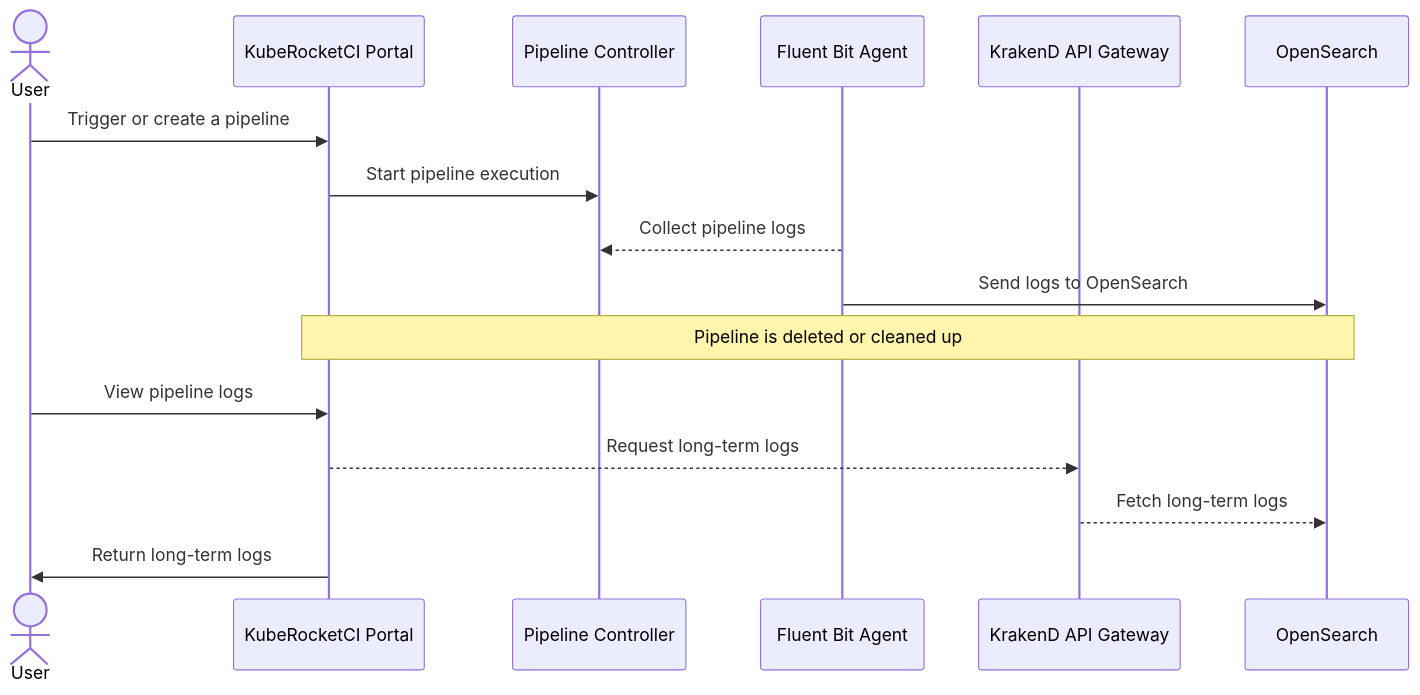
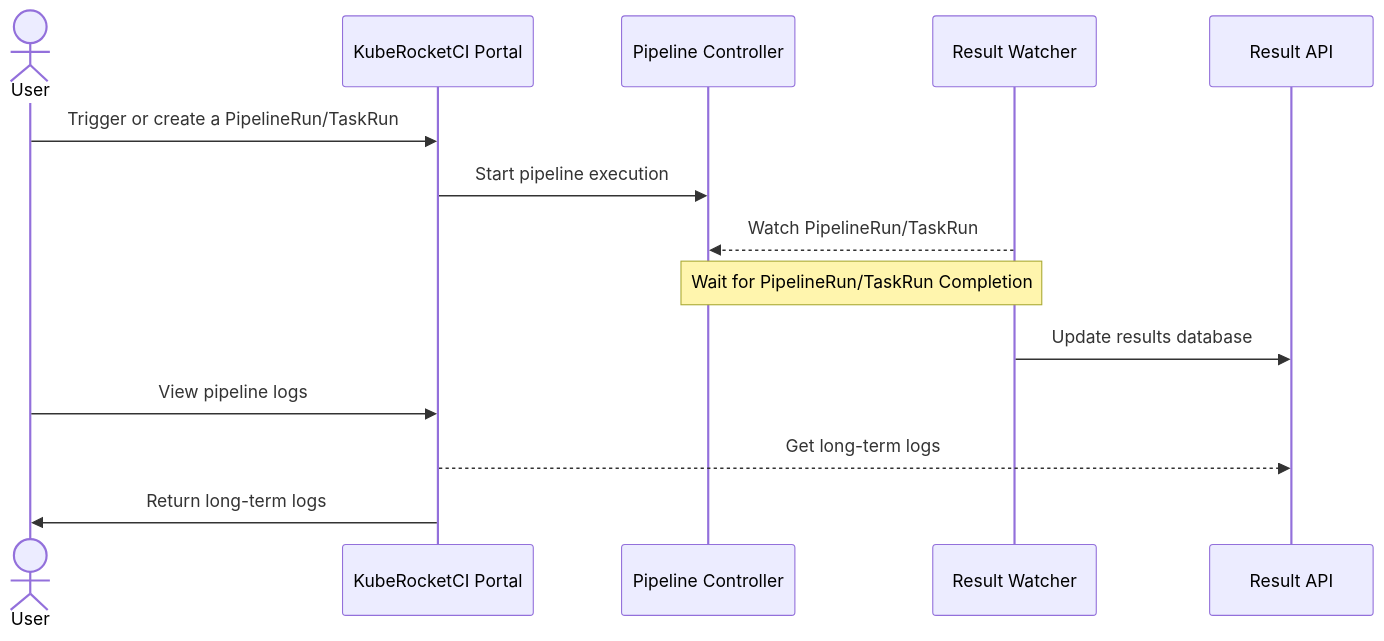
The diagram in docs/operator-guide/ci/tekton-long-term-storage.md (KubeRocketCI/docs), drawn with Mermaid before and after one commit. The commit also changed other lines of this file and 1 other file, not shown here.

Commit message:
docs: Add Tekton Results to docs

````diff
--- a/docs/operator-guide/ci/tekton-long-term-storage.md
+++ b/docs/operator-guide/ci/tekton-long-term-storage.md
@@ -23,19 +29,18 @@
 ```mermaid
 sequenceDiagram
     actor U as User
     participant KR as KubeRocketCI Portal
     participant PC as Pipeline Controller
-    participant RW as Fluent Bit Agent
-    participant KD as KrakenD API Gateway
-    participant RA as OpenSearch
+    participant RW as Result Watcher
+    participant RA as Result API
 
-    U->>KR: Trigger or create a pipeline
+    U->>KR: Trigger or create a PipelineRun/TaskRun
     KR->>PC: Start pipeline execution
-    RW-->>PC: Collect pipeline logs
-    RW->>RA: Send logs to OpenSearch
-    Note over KR,RA: Pipeline is deleted or cleaned up
+    RW-->>PC: Watch PipelineRun/TaskRun
+    Note over PC,RW: Wait for PipelineRun/TaskRun Completion
+    RW->>RA: Update results database
     U->>KR: View pipeline logs
-    KR-->>KD: Request long-term logs
-    KD-->>RA: Fetch long-term logs
+    KR-->>RA: Get long-term logs
     KR->>U: Return long-term logs
+    
 ```
````
